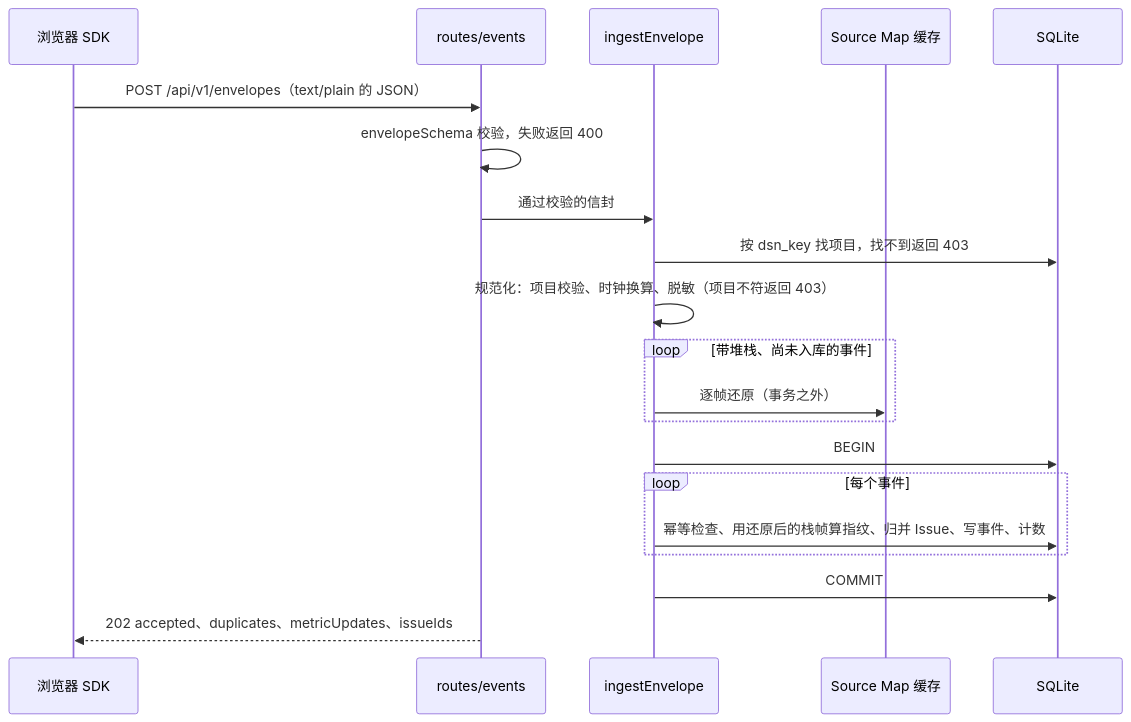
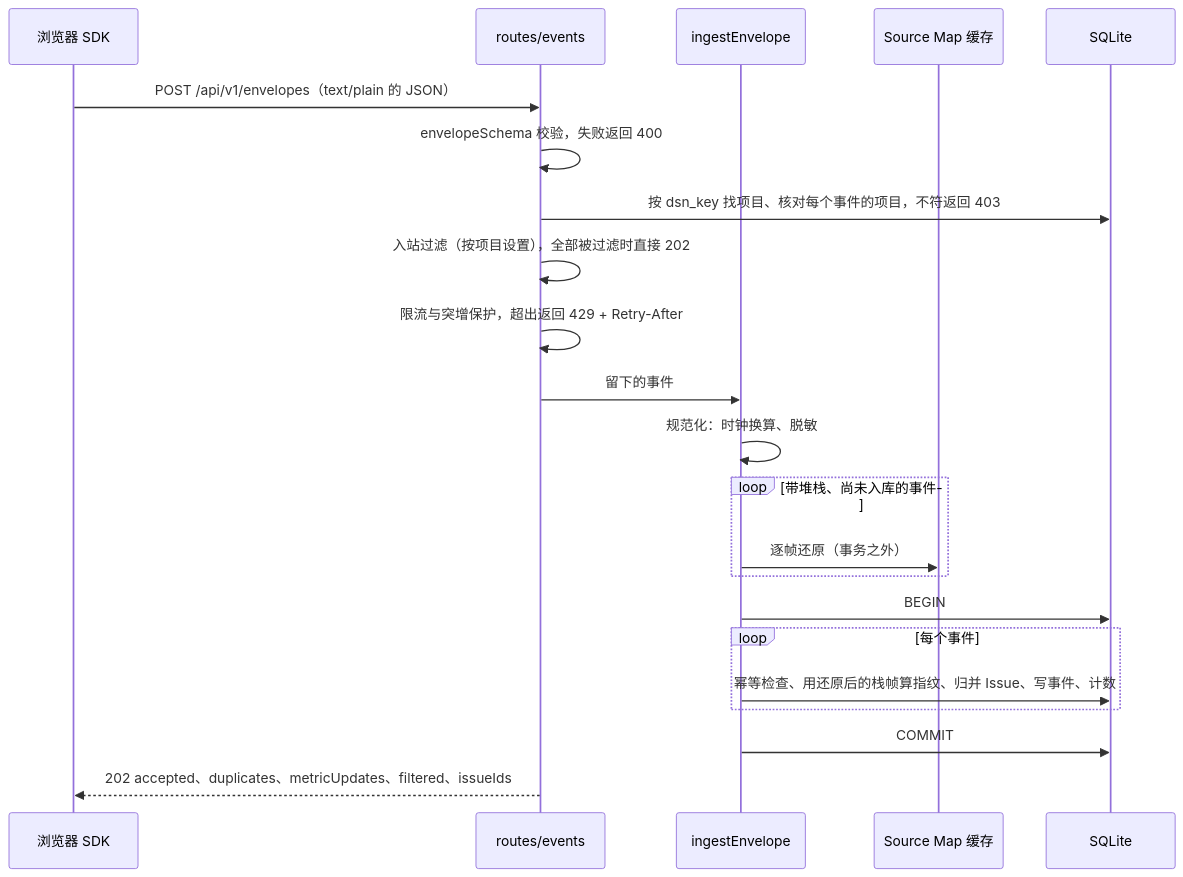
Before and after one commit to guiwzh/tracepilot: the third of 6 diagrams in docs/server.md, drawn with Mermaid. The commit also changed other lines of this file and 34 other files, not shown here.

````diff
--- a/docs/server.md
+++ b/docs/server.md
@@ -363,22 +383,24 @@
 ```mermaid
 sequenceDiagram
   participant SDK as 浏览器 SDK
   participant R as routes/events
   participant I as ingestEnvelope
   participant M as Source Map 缓存
   participant DB as SQLite
   SDK->>R: POST /api/v1/envelopes（text/plain 的 JSON）
   R->>R: envelopeSchema 校验，失败返回 400
-  R->>I: 通过校验的信封
-  I->>DB: 按 dsn_key 找项目，找不到返回 403
-  I->>I: 规范化：项目校验、时钟换算、脱敏（项目不符返回 403）
+  R->>DB: 按 dsn_key 找项目、核对每个事件的项目，不符返回 403
+  R->>R: 入站过滤（按项目设置），全部被过滤时直接 202
+  R->>R: 限流与突增保护，超出返回 429 + Retry-After
+  R->>I: 留下的事件
+  I->>I: 规范化：时钟换算、脱敏
   loop 带堆栈、尚未入库的事件
     I->>M: 逐帧还原（事务之外）
   end
   I->>DB: BEGIN
   loop 每个事件
     I->>DB: 幂等检查、用还原后的栈帧算指纹、归并 Issue、写事件、计数
   end
   I->>DB: COMMIT
-  R-->>SDK: 202 accepted、duplicates、metricUpdates、issueIds
+  R-->>SDK: 202 accepted、duplicates、metricUpdates、filtered、issueIds
 ```
````
